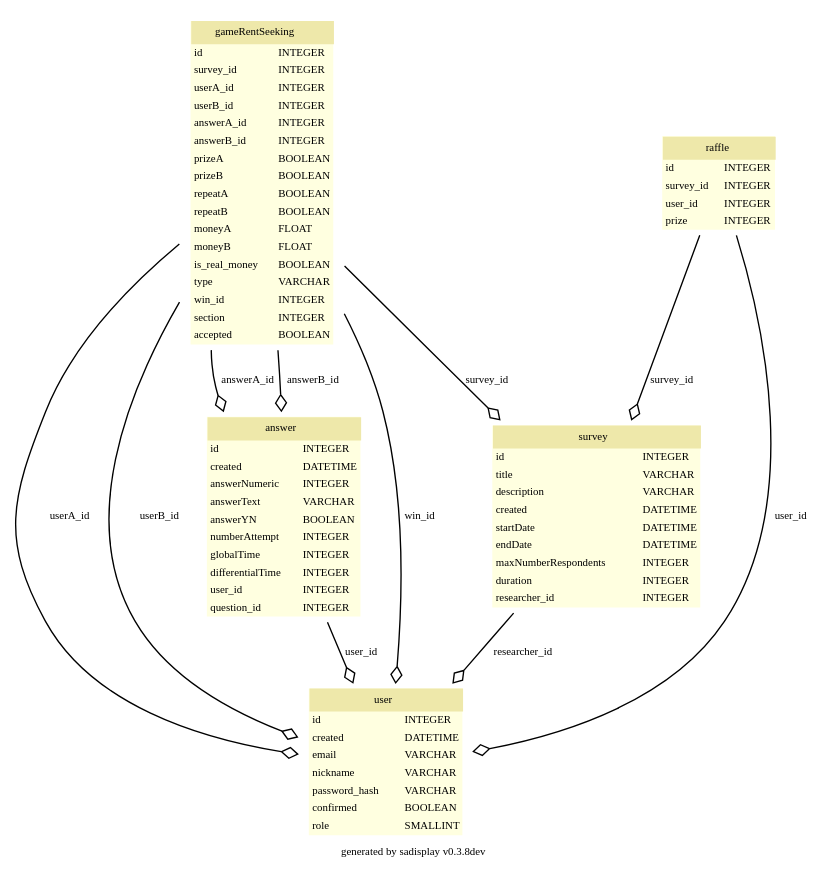
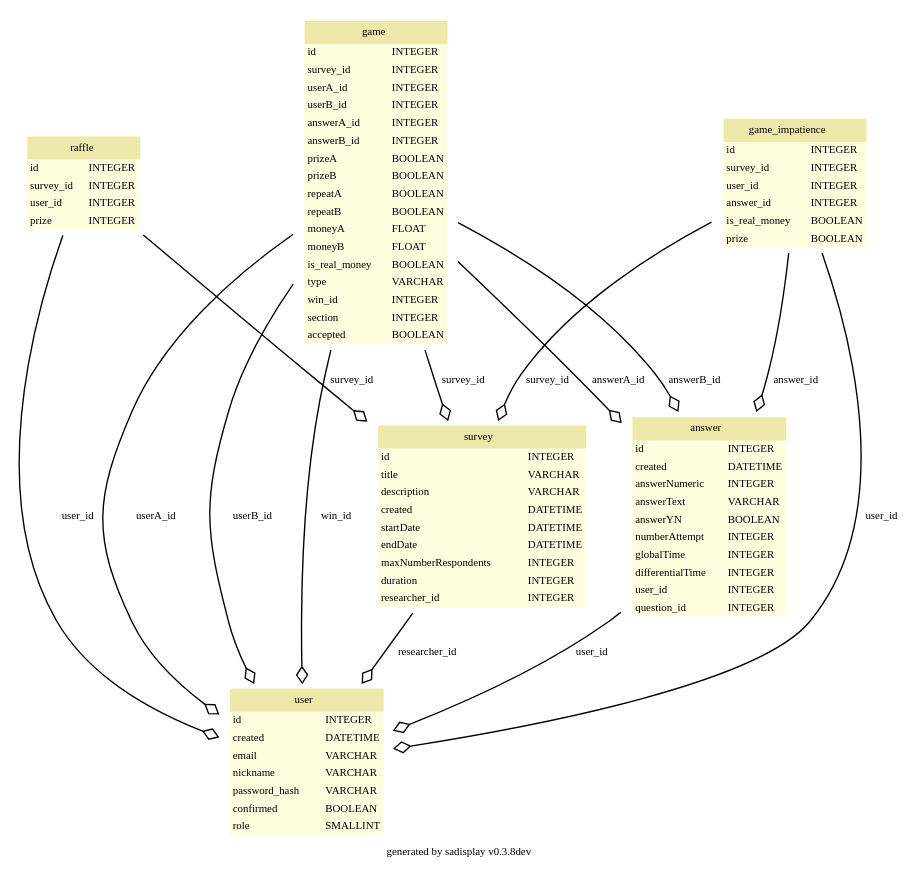
The diagram in memoria/esquemas/schema_bbdd_game.dot (jarenere/projectQ), drawn with Graphviz before and after one commit. The commit also changed 32 other files, not shown here.

```diff
--- a/memoria/esquemas/schema_bbdd_game.dot
+++ b/memoria/esquemas/schema_bbdd_game.dot
@@ -14,57 +14,6 @@
                 fontname = "Bitstream Vera Sans"
                 fontsize = 8
             ]
-    
-
-        answer [label=<
-        <TABLE BGCOLOR="lightyellow" BORDER="0"
-            CELLBORDER="0" CELLSPACING="0">
-                <TR><TD COLSPAN="2" CELLPADDING="4"
-                        ALIGN="CENTER" BGCOLOR="palegoldenrod"
-                ><FONT FACE="Helvetica Bold" COLOR="black"
-                >answer</FONT></TD></TR><TR><TD ALIGN="LEFT" BORDER="0"
-        ><FONT FACE="Bitstream Vera Sans">id</FONT
-        ></TD><TD ALIGN="LEFT"
-        ><FONT FACE="Bitstream Vera Sans">INTEGER</FONT
-        ></TD></TR> <TR><TD ALIGN="LEFT" BORDER="0"
-        ><FONT FACE="Bitstream Vera Sans">created</FONT
-        ></TD><TD ALIGN="LEFT"
-        ><FONT FACE="Bitstream Vera Sans">DATETIME</FONT
-        ></TD></TR> <TR><TD ALIGN="LEFT" BORDER="0"
-        ><FONT FACE="Bitstream Vera Sans">answerNumeric</FONT
-        ></TD><TD ALIGN="LEFT"
-        ><FONT FACE="Bitstream Vera Sans">INTEGER</FONT
-        ></TD></TR> <TR><TD ALIGN="LEFT" BORDER="0"
-        ><FONT FACE="Bitstream Vera Sans">answerText</FONT
-        ></TD><TD ALIGN="LEFT"
-        ><FONT FACE="Bitstream Vera Sans">VARCHAR</FONT
-        ></TD></TR> <TR><TD ALIGN="LEFT" BORDER="0"
-        ><FONT FACE="Bitstream Vera Sans">answerYN</FONT
-        ></TD><TD ALIGN="LEFT"
-        ><FONT FACE="Bitstream Vera Sans">BOOLEAN</FONT
-        ></TD></TR> <TR><TD ALIGN="LEFT" BORDER="0"
-        ><FONT FACE="Bitstream Vera Sans">numberAttempt</FONT
-        ></TD><TD ALIGN="LEFT"
-        ><FONT FACE="Bitstream Vera Sans">INTEGER</FONT
-        ></TD></TR> <TR><TD ALIGN="LEFT" BORDER="0"
-        ><FONT FACE="Bitstream Vera Sans">globalTime</FONT
-        ></TD><TD ALIGN="LEFT"
-        ><FONT FACE="Bitstream Vera Sans">INTEGER</FONT
-        ></TD></TR> <TR><TD ALIGN="LEFT" BORDER="0"
-        ><FONT FACE="Bitstream Vera Sans">differentialTime</FONT
-        ></TD><TD ALIGN="LEFT"
-        ><FONT FACE="Bitstream Vera Sans">INTEGER</FONT
-        ></TD></TR> <TR><TD ALIGN="LEFT" BORDER="0"
-        ><FONT FACE="Bitstream Vera Sans">user_id</FONT
-        ></TD><TD ALIGN="LEFT"
-        ><FONT FACE="Bitstream Vera Sans">INTEGER</FONT
-        ></TD></TR> <TR><TD ALIGN="LEFT" BORDER="0"
-        ><FONT FACE="Bitstream Vera Sans">question_id</FONT
-        ></TD><TD ALIGN="LEFT"
-        ><FONT FACE="Bitstream Vera Sans">INTEGER</FONT
-        ></TD></TR>
-        </TABLE>
-    >]
     
 
         raffle [label=<
@@ -94,13 +43,13 @@
     >]
     
 
-        gameRentSeeking [label=<
+        game [label=<
         <TABLE BGCOLOR="lightyellow" BORDER="0"
             CELLBORDER="0" CELLSPACING="0">
                 <TR><TD COLSPAN="2" CELLPADDING="4"
                         ALIGN="CENTER" BGCOLOR="palegoldenrod"
                 ><FONT FACE="Helvetica Bold" COLOR="black"
-                >gameRentSeeking</FONT></TD></TR><TR><TD ALIGN="LEFT" BORDER="0"
+                >game</FONT></TD></TR><TR><TD ALIGN="LEFT" BORDER="0"
         ><FONT FACE="Bitstream Vera Sans">id</FONT
         ></TD><TD ALIGN="LEFT"
         ><FONT FACE="Bitstream Vera Sans">INTEGER</FONT
@@ -258,6 +207,92 @@
         </TABLE>
     >]
     
+
+        answer [label=<
+        <TABLE BGCOLOR="lightyellow" BORDER="0"
+            CELLBORDER="0" CELLSPACING="0">
+                <TR><TD COLSPAN="2" CELLPADDING="4"
+                        ALIGN="CENTER" BGCOLOR="palegoldenrod"
+                ><FONT FACE="Helvetica Bold" COLOR="black"
+                >answer</FONT></TD></TR><TR><TD ALIGN="LEFT" BORDER="0"
+        ><FONT FACE="Bitstream Vera Sans">id</FONT
+        ></TD><TD ALIGN="LEFT"
+        ><FONT FACE="Bitstream Vera Sans">INTEGER</FONT
+        ></TD></TR> <TR><TD ALIGN="LEFT" BORDER="0"
+        ><FONT FACE="Bitstream Vera Sans">created</FONT
+        ></TD><TD ALIGN="LEFT"
+        ><FONT FACE="Bitstream Vera Sans">DATETIME</FONT
+        ></TD></TR> <TR><TD ALIGN="LEFT" BORDER="0"
+        ><FONT FACE="Bitstream Vera Sans">answerNumeric</FONT
+        ></TD><TD ALIGN="LEFT"
+        ><FONT FACE="Bitstream Vera Sans">INTEGER</FONT
+        ></TD></TR> <TR><TD ALIGN="LEFT" BORDER="0"
+        ><FONT FACE="Bitstream Vera Sans">answerText</FONT
+        ></TD><TD ALIGN="LEFT"
+        ><FONT FACE="Bitstream Vera Sans">VARCHAR</FONT
+        ></TD></TR> <TR><TD ALIGN="LEFT" BORDER="0"
+        ><FONT FACE="Bitstream Vera Sans">answerYN</FONT
+        ></TD><TD ALIGN="LEFT"
+        ><FONT FACE="Bitstream Vera Sans">BOOLEAN</FONT
+        ></TD></TR> <TR><TD ALIGN="LEFT" BORDER="0"
+        ><FONT FACE="Bitstream Vera Sans">numberAttempt</FONT
+        ></TD><TD ALIGN="LEFT"
+        ><FONT FACE="Bitstream Vera Sans">INTEGER</FONT
+        ></TD></TR> <TR><TD ALIGN="LEFT" BORDER="0"
+        ><FONT FACE="Bitstream Vera Sans">globalTime</FONT
+        ></TD><TD ALIGN="LEFT"
+        ><FONT FACE="Bitstream Vera Sans">INTEGER</FONT
+        ></TD></TR> <TR><TD ALIGN="LEFT" BORDER="0"
+        ><FONT FACE="Bitstream Vera Sans">differentialTime</FONT
+        ></TD><TD ALIGN="LEFT"
+        ><FONT FACE="Bitstream Vera Sans">INTEGER</FONT
+        ></TD></TR> <TR><TD ALIGN="LEFT" BORDER="0"
+        ><FONT FACE="Bitstream Vera Sans">user_id</FONT
+        ></TD><TD ALIGN="LEFT"
+        ><FONT FACE="Bitstream Vera Sans">INTEGER</FONT
+        ></TD></TR> <TR><TD ALIGN="LEFT" BORDER="0"
+        ><FONT FACE="Bitstream Vera Sans">question_id</FONT
+        ></TD><TD ALIGN="LEFT"
+        ><FONT FACE="Bitstream Vera Sans">INTEGER</FONT
+        ></TD></TR>
+        </TABLE>
+    >]
+    
+
+        game_impatience [label=<
+        <TABLE BGCOLOR="lightyellow" BORDER="0"
+            CELLBORDER="0" CELLSPACING="0">
+                <TR><TD COLSPAN="2" CELLPADDING="4"
+                        ALIGN="CENTER" BGCOLOR="palegoldenrod"
+                ><FONT FACE="Helvetica Bold" COLOR="black"
+                >game_impatience</FONT></TD></TR><TR><TD ALIGN="LEFT" BORDER="0"
+        ><FONT FACE="Bitstream Vera Sans">id</FONT
+        ></TD><TD ALIGN="LEFT"
+        ><FONT FACE="Bitstream Vera Sans">INTEGER</FONT
+        ></TD></TR> <TR><TD ALIGN="LEFT" BORDER="0"
+        ><FONT FACE="Bitstream Vera Sans">survey_id</FONT
+        ></TD><TD ALIGN="LEFT"
+        ><FONT FACE="Bitstream Vera Sans">INTEGER</FONT
+        ></TD></TR> <TR><TD ALIGN="LEFT" BORDER="0"
+        ><FONT FACE="Bitstream Vera Sans">user_id</FONT
+        ></TD><TD ALIGN="LEFT"
+        ><FONT FACE="Bitstream Vera Sans">INTEGER</FONT
+        ></TD></TR> <TR><TD ALIGN="LEFT" BORDER="0"
+        ><FONT FACE="Bitstream Vera Sans">answer_id</FONT
+        ></TD><TD ALIGN="LEFT"
+        ><FONT FACE="Bitstream Vera Sans">INTEGER</FONT
+        ></TD></TR> <TR><TD ALIGN="LEFT" BORDER="0"
+        ><FONT FACE="Bitstream Vera Sans">is_real_money</FONT
+        ></TD><TD ALIGN="LEFT"
+        ><FONT FACE="Bitstream Vera Sans">BOOLEAN</FONT
+        ></TD></TR> <TR><TD ALIGN="LEFT" BORDER="0"
+        ><FONT FACE="Bitstream Vera Sans">prize</FONT
+        ></TD><TD ALIGN="LEFT"
+        ><FONT FACE="Bitstream Vera Sans">BOOLEAN</FONT
+        ></TD></TR>
+        </TABLE>
+    >]
+    
 	edge [
 		arrowhead = empty
 	]
@@ -265,14 +300,17 @@
 		arrowhead = ediamond
 		arrowtail = open
 	]
-	"answer" -> "user" [label = "user_id"]
 	"raffle" -> "survey" [label = "survey_id"]
 	"raffle" -> "user" [label = "user_id"]
-	"gameRentSeeking" -> "survey" [label = "survey_id"]
-	"gameRentSeeking" -> "user" [label = "userA_id"]
-	"gameRentSeeking" -> "user" [label = "userB_id"]
-	"gameRentSeeking" -> "answer" [label = "answerA_id"]
-	"gameRentSeeking" -> "answer" [label = "answerB_id"]
-	"gameRentSeeking" -> "user" [label = "win_id"]
+	"game" -> "survey" [label = "survey_id"]
+	"game" -> "user" [label = "userA_id"]
+	"game" -> "user" [label = "userB_id"]
+	"game" -> "answer" [label = "answerA_id"]
+	"game" -> "answer" [label = "answerB_id"]
+	"game" -> "user" [label = "win_id"]
 	"survey" -> "user" [label = "researcher_id"]
+	"answer" -> "user" [label = "user_id"]
+	"game_impatience" -> "survey" [label = "survey_id"]
+	"game_impatience" -> "user" [label = "user_id"]
+	"game_impatience" -> "answer" [label = "answer_id"]
 }
```
